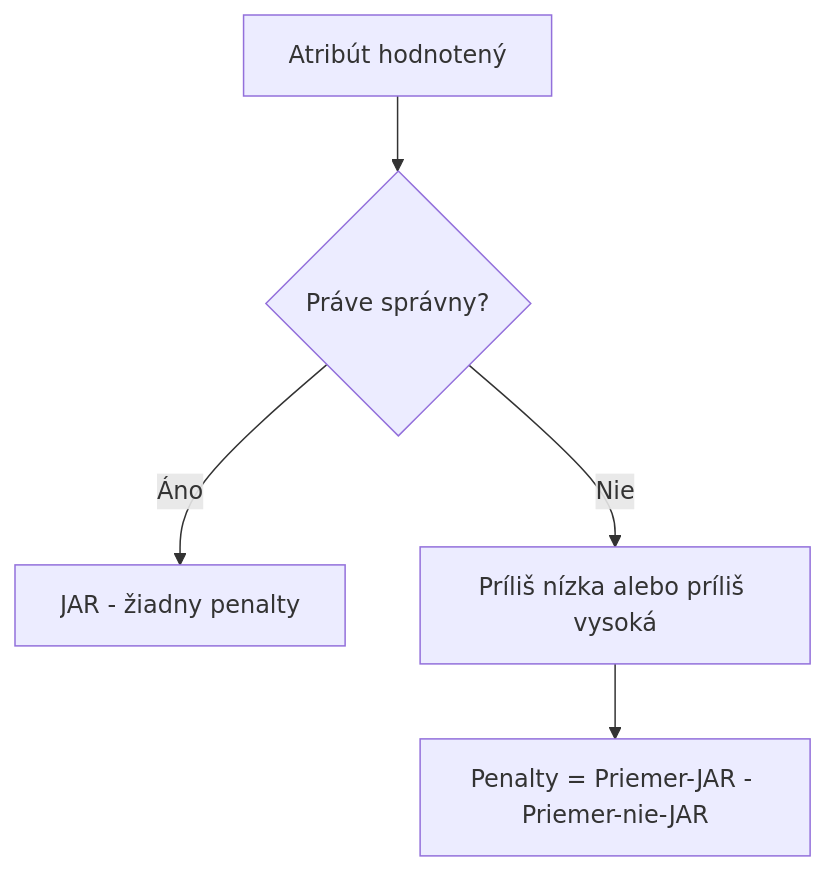
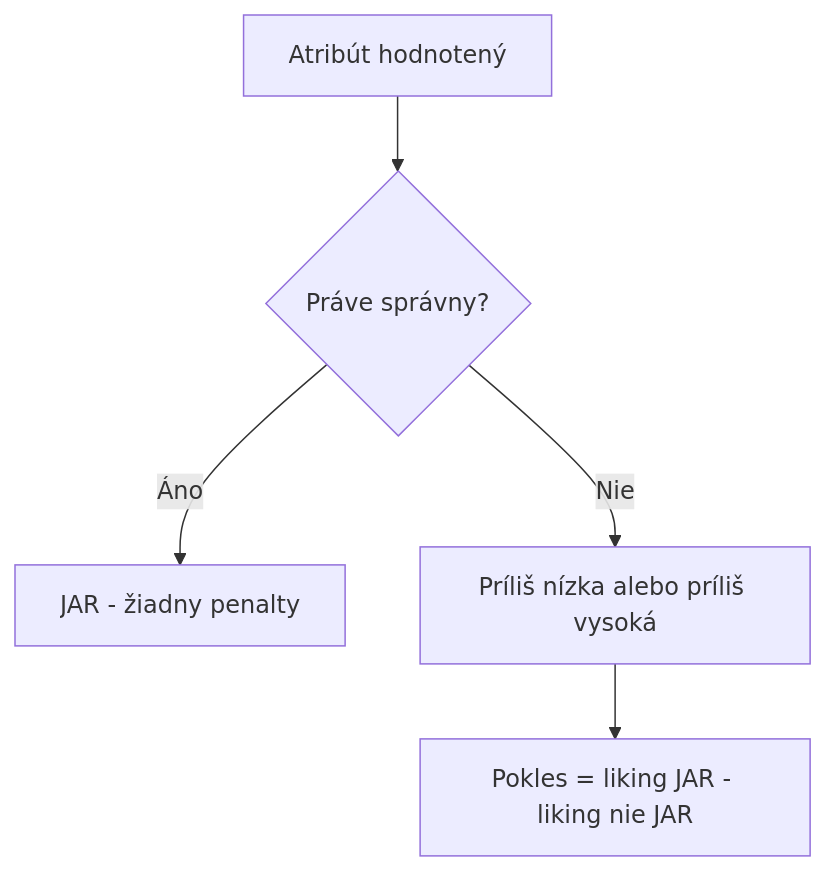
One commit to senzorika/SAP changed the third of 4 diagrams in prezentacie/spotrebiteľska_veda.qmd. Above: the diagram before and after it, drawn with Mermaid. The commit also changed other lines of this file and 36 other files, not shown here.

````diff
--- a/prezentacie/spotrebiteľska_veda.qmd
+++ b/prezentacie/spotrebiteľska_veda.qmd
@@ -147,7 +149,7 @@
 ```mermaid
 graph TD
     A[Atribút hodnotený] --> B{Práve správny?}
     B -->|Áno| C[JAR - žiadny penalty]
     B -->|Nie| D[Príliš nízka alebo príliš vysoká]
-    D --> E[Penalty = Priemer-JAR - Priemer-nie-JAR]
+    D --> E[Pokles = liking JAR - liking nie JAR]
 ```
````
